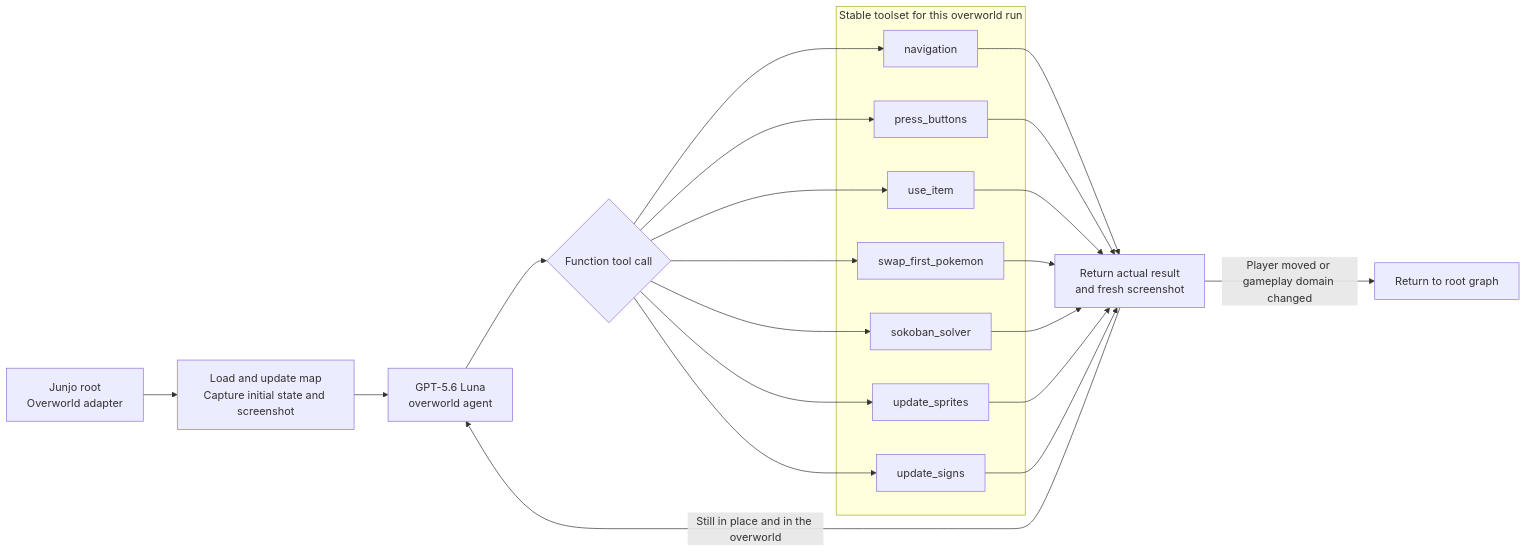
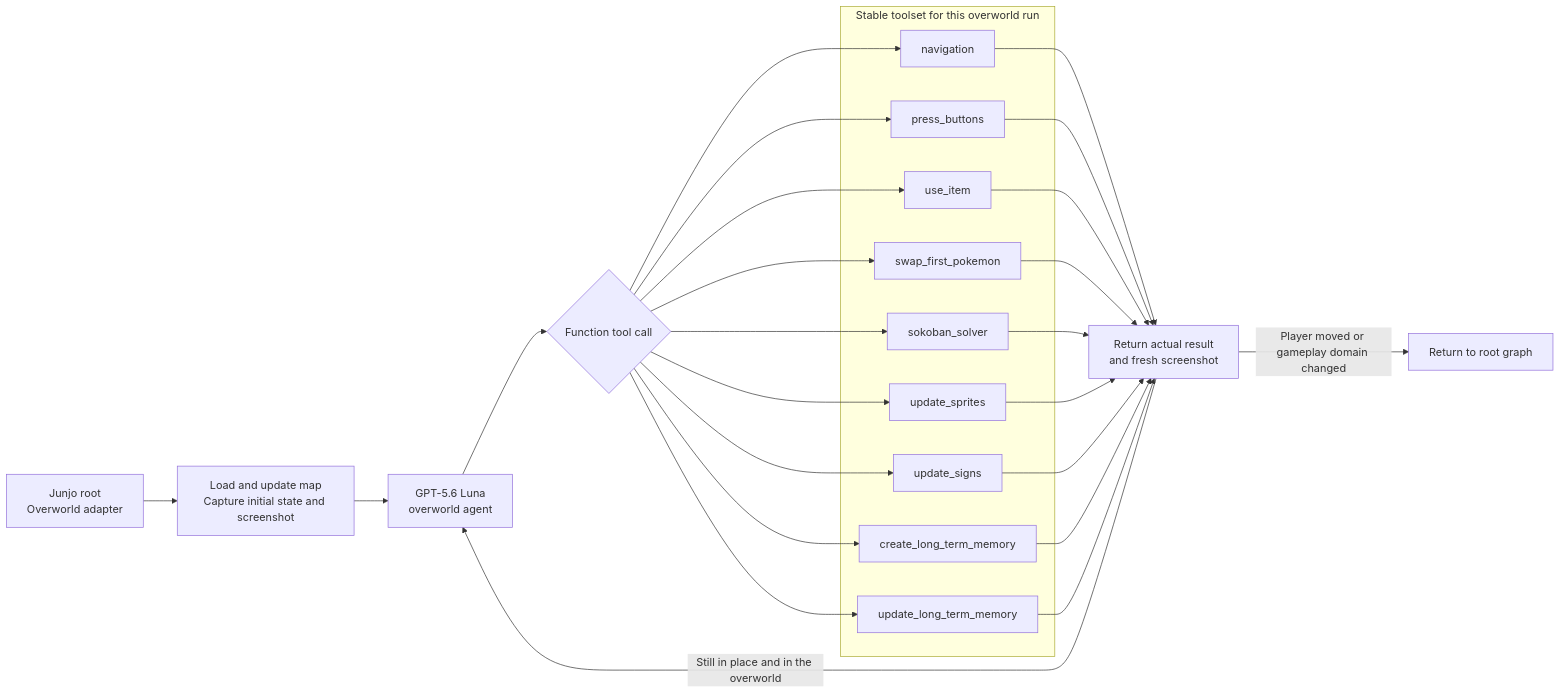
One commit to clambro/ai-plays-pokemon changed the first of 3 diagrams in docs/workflow.md. Above: the diagram before and after it, drawn with Mermaid. The commit also changed other lines of this file and 26 other files, not shown here.

First line of the commit message:
Move long-term memory mutation into overworld agent

````diff
--- a/docs/workflow.md
+++ b/docs/workflow.md
@@ -48,35 +44,41 @@
 ```mermaid
 flowchart LR
     root["Junjo root<br/>Overworld adapter"] --> prepare["Load and update map<br/>Capture initial state and screenshot"]
     prepare --> agent["GPT-5.6 Luna<br/>overworld agent"]
     agent --> choice{"Function tool call"}
 
     subgraph toolset["Stable toolset for this overworld run"]
         navigate["navigation"]
         buttons["press_buttons"]
         item["use_item"]
         swap["swap_first_pokemon"]
         sokoban["sokoban_solver"]
         sprites["update_sprites"]
         signs["update_signs"]
+        create_memory["create_long_term_memory"]
+        update_memory["update_long_term_memory"]
     end
 
     choice --> navigate
     choice --> buttons
     choice --> item
     choice --> swap
     choice --> sokoban
     choice --> sprites
     choice --> signs
+    choice --> create_memory
+    choice --> update_memory
 
     navigate --> observe["Return actual result<br/>and fresh screenshot"]
     buttons --> observe
     item --> observe
     swap --> observe
     sokoban --> observe
     sprites --> observe
     signs --> observe
+    create_memory --> observe
+    update_memory --> observe
 
     observe -->|"Still in place and in the overworld"| agent
     observe -->|"Player moved or gameplay domain changed"| finish["Return to root graph"]
 ```
````
